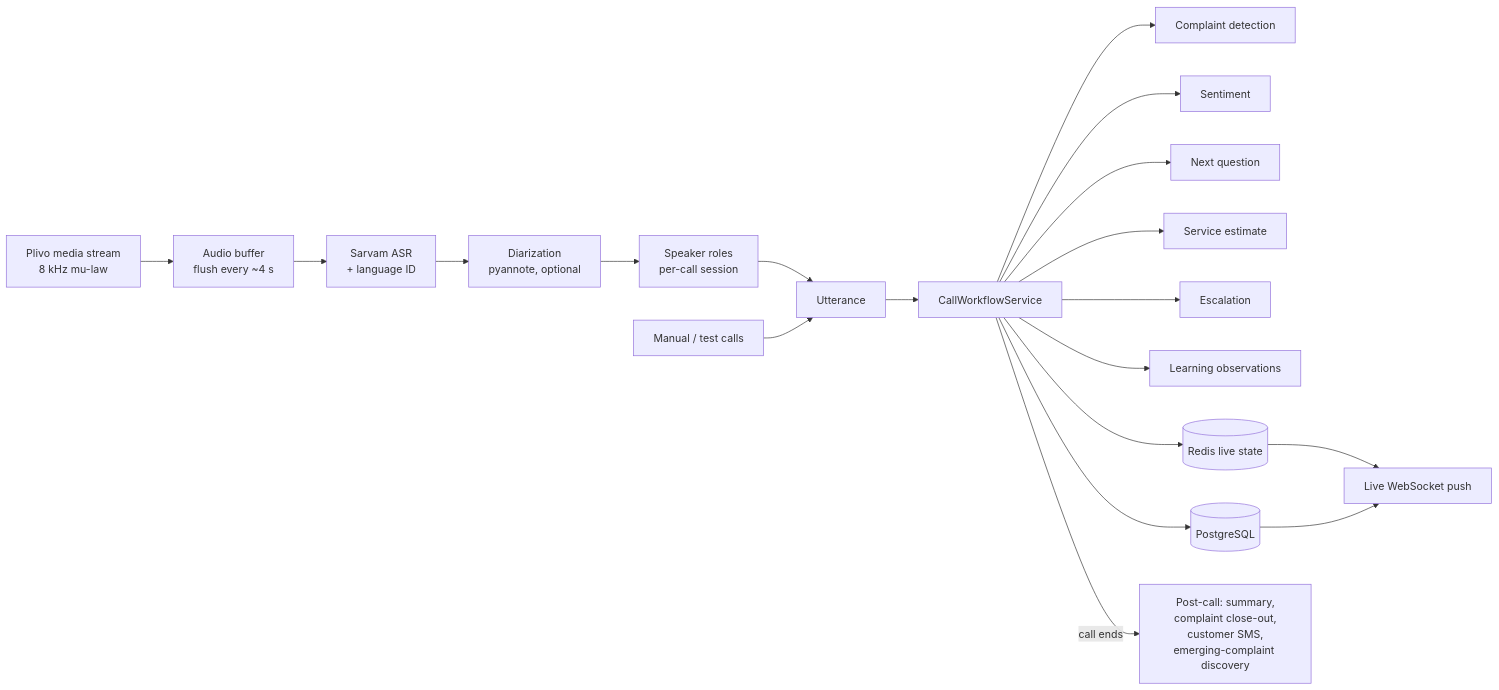
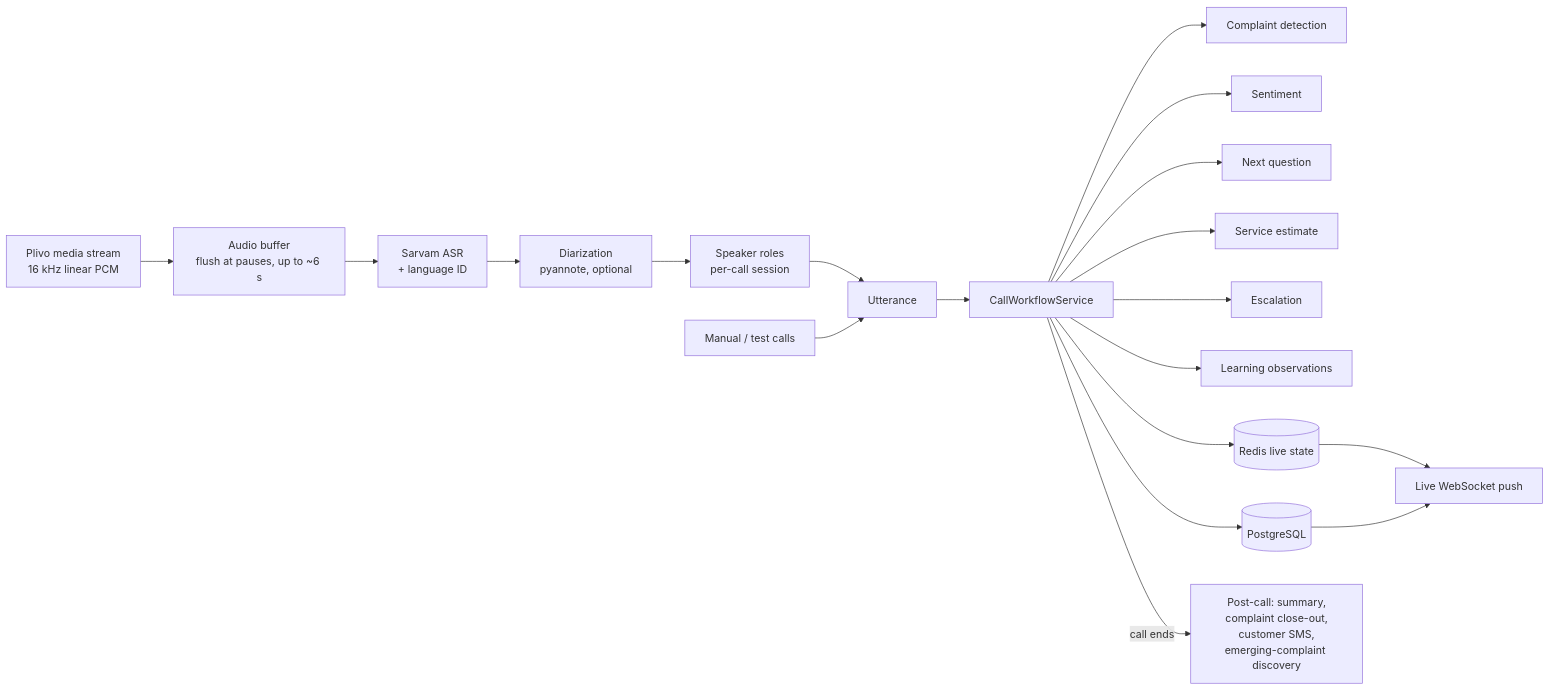
One commit to mkarthikaravind1/Multilingual-Call-Intelligence changed the first of 3 diagrams in README.md. Above: the diagram before and after it, drawn with Mermaid. The commit also changed 44 other files, not shown here.

````diff
--- a/README.md
+++ b/README.md
@@ -75,21 +75,21 @@
 ```mermaid
 flowchart LR
-    P[Plivo media stream<br/>8 kHz mu-law] --> B[Audio buffer<br/>flush every ~4 s]
+    P[Plivo media stream<br/>16 kHz linear PCM] --> B[Audio buffer<br/>flush at pauses, up to ~6 s]
     B --> ASR[Sarvam ASR<br/>+ language ID]
     ASR --> D[Diarization<br/>pyannote, optional]
     D --> R[Speaker roles<br/>per-call session]
     R --> U[Utterance]
     M[Manual / test calls] --> U
     U --> W[CallWorkflowService]
     W --> C[Complaint detection]
     W --> S[Sentiment]
     W --> Q[Next question]
     W --> E[Service estimate]
     W --> X[Escalation]
     W --> L[Learning observations]
     W --> DB[(PostgreSQL)]
     W --> RS[(Redis live state)]
     RS --> WS[Live WebSocket push]
     DB --> WS
     W -->|call ends| PC[Post-call: summary,<br/>complaint close-out,<br/>customer SMS,<br/>emerging-complaint discovery]
 ```
````
